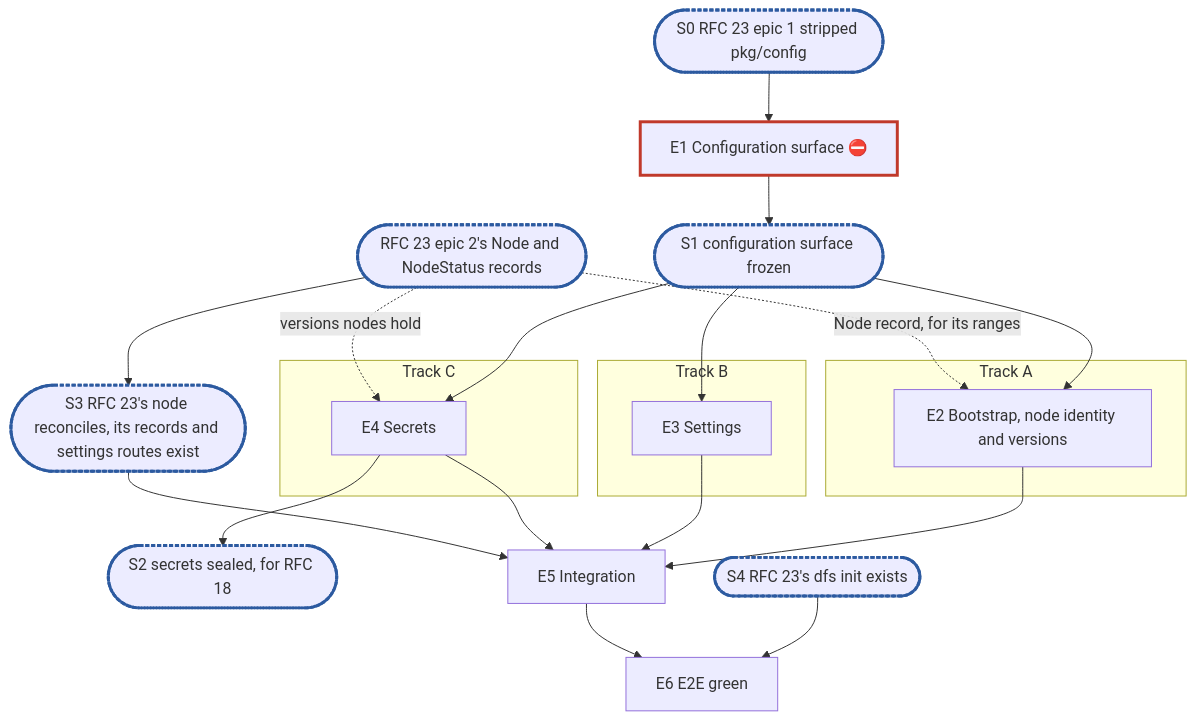
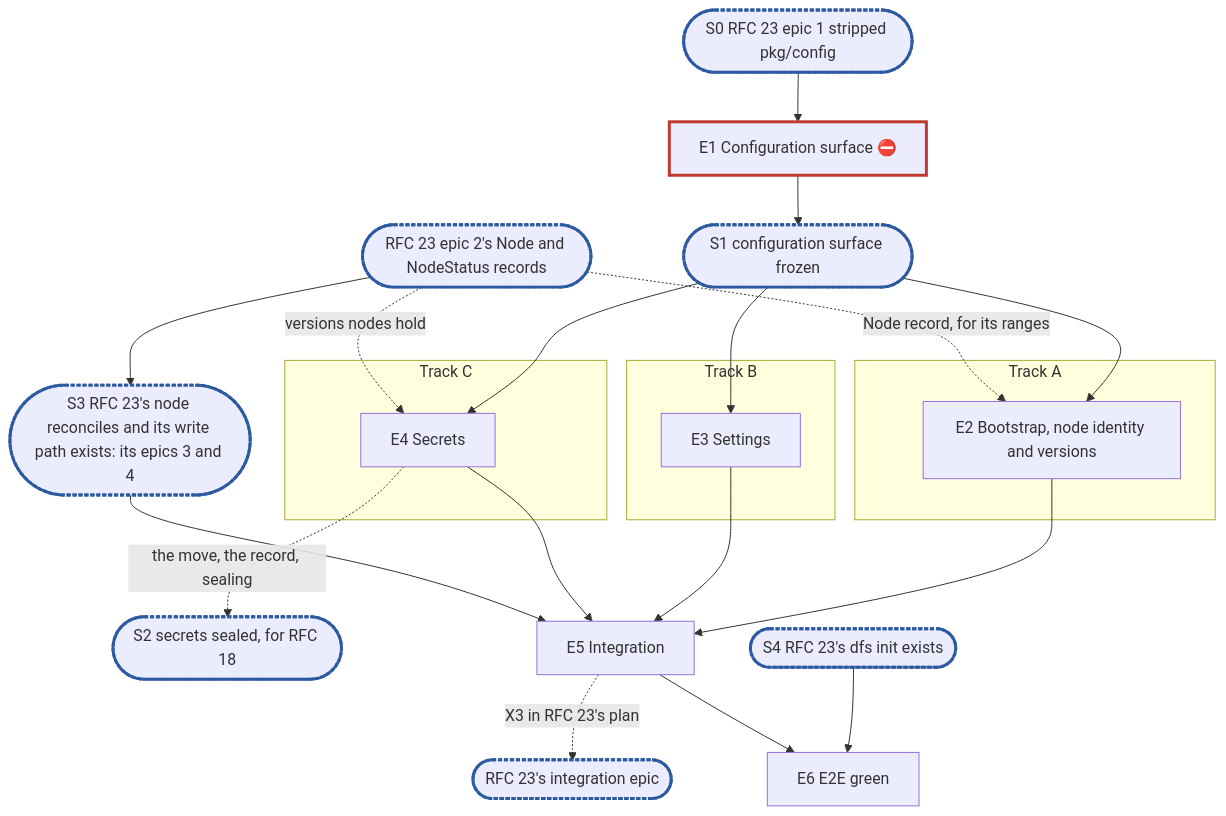
Before and after one commit to cubbit/dittofs: the diagram in docs/internals/planning/rfc-13-config-plan.md, drawn with Mermaid. The commit also changed other lines of this file, not shown here.

Commit message:
docs(planning): address the second review of the RFC 13 plan

````diff
--- a/docs/internals/planning/rfc-13-config-plan.md
+++ b/docs/internals/planning/rfc-13-config-plan.md
@@ -279,27 +280,28 @@
 ```mermaid
 flowchart TD
   X0(["S0 RFC 23 epic 1 stripped pkg/config"]):::sync --> E1["E1 Configuration surface ⛔"]:::blocker
   E1 --> S1(["S1 configuration surface frozen"]):::sync
   subgraph A["Track A"]
     E2["E2 Bootstrap, node identity and versions"]
   end
   subgraph B["Track B"]
     E3["E3 Settings"]
   end
   subgraph C["Track C"]
     E4["E4 Secrets"]
   end
   S1 --> E2 & E3 & E4
   R2(["RFC 23 epic 2's Node and NodeStatus records"]):::sync
   R2 -. "Node record, for its ranges" .-> E2
   R2 -. "versions nodes hold" .-> E4
-  E4 --> S2(["S2 secrets sealed, for RFC 18"]):::sync
-  S3(["S3 RFC 23's node reconciles, its records and settings routes exist"]):::sync
+  E4 -. "the move, the record, sealing" .-> S2(["S2 secrets sealed, for RFC 18"]):::sync
+  S3(["S3 RFC 23's node reconciles and its write path exists: its epics 3 and 4"]):::sync
   R2 --> S3
   E2 & E3 & E4 --> E5["E5 Integration"]
   S3 --> E5
   S4(["S4 RFC 23's dfs init exists"]):::sync --> E6["E6 E2E green"]
+  E5 -. "X3 in RFC 23's plan" .-> R7(["RFC 23's integration epic"]):::sync
   E5 --> E6
   classDef blocker stroke:#c0392b,stroke-width:3px
   classDef sync stroke:#2c5aa0,stroke-width:3px,stroke-dasharray:4 2
 ```
````
